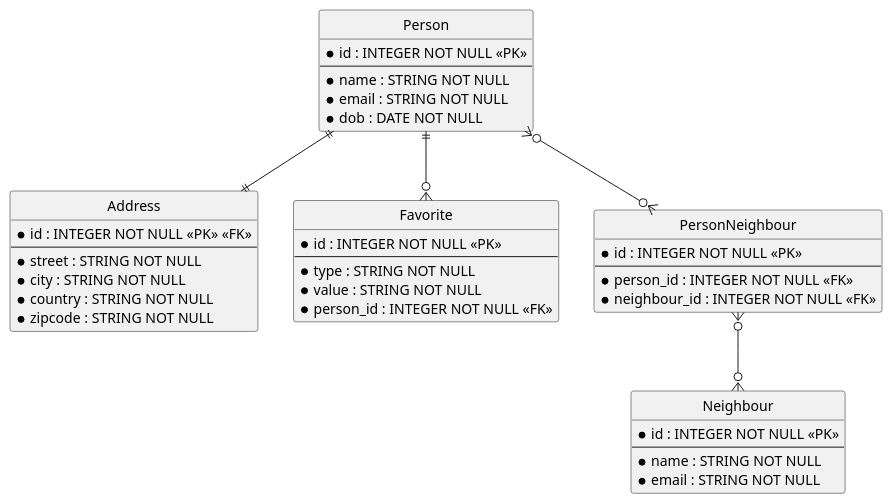
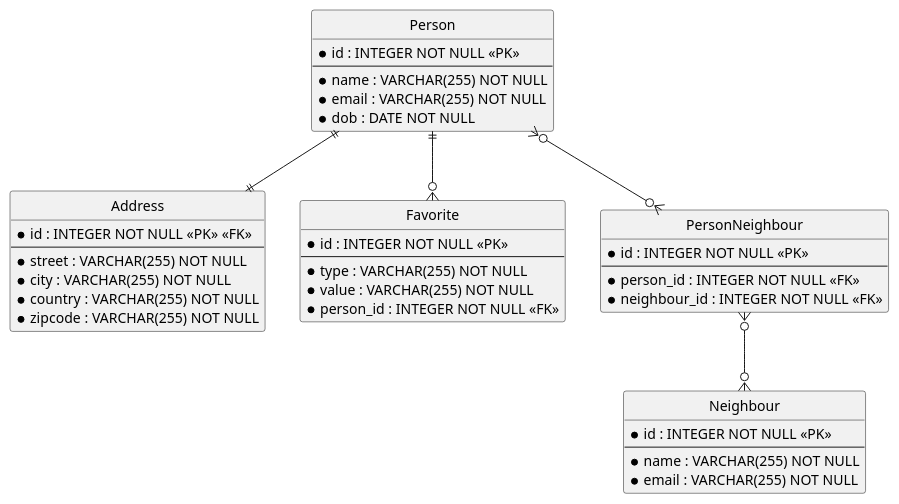
The diagram in Assessment/2NF_3NF.plantuml (sudefidan/Advanced_Database), drawn with PlantUML before and after one commit. The commit also changed 8 other files, not shown here.

```diff
--- a/Assessment/2NF_3NF.plantuml
+++ b/Assessment/2NF_3NF.plantuml
@@ -1,49 +1,49 @@
 @startuml ER Diagram
 
 hide circle
 
 entity "Person" {
   * id : INTEGER NOT NULL <<PK>>
   --
-  * name : STRING NOT NULL
-  * email : STRING NOT NULL
+  * name : VARCHAR(255) NOT NULL
+  * email : VARCHAR(255) NOT NULL
   * dob : DATE NOT NULL
 }
 
 entity "Address" {
   * id : INTEGER NOT NULL <<PK>> <<FK>>
   --
-  * street : STRING NOT NULL
-  * city : STRING NOT NULL
-  * country : STRING NOT NULL
-  * zipcode : STRING NOT NULL
+  * street : VARCHAR(255) NOT NULL
+  * city : VARCHAR(255) NOT NULL
+  * country : VARCHAR(255) NOT NULL
+  * zipcode : VARCHAR(255) NOT NULL
 }
 
 entity "Favorite" {
   * id : INTEGER NOT NULL <<PK>>
   --
-  * type : STRING NOT NULL
-  * value : STRING NOT NULL
+  * type : VARCHAR(255) NOT NULL
+  * value : VARCHAR(255) NOT NULL
   * person_id : INTEGER NOT NULL <<FK>>
 }
 
 entity "PersonNeighbour" {
   * id : INTEGER NOT NULL <<PK>>
   --
   * person_id : INTEGER NOT NULL <<FK>>
   * neighbour_id : INTEGER NOT NULL <<FK>>
 }
 
 entity "Neighbour" {
   * id : INTEGER NOT NULL <<PK>>
   --
-  * name : STRING NOT NULL
-  * email : STRING NOT NULL
+  * name : VARCHAR(255) NOT NULL
+  * email : VARCHAR(255) NOT NULL
 }
 
 Person ||--o{ Favorite
 Person ||--|| Address
 
 Person }o--o{ PersonNeighbour
 PersonNeighbour }o--o{ Neighbour
 @enduml
```
